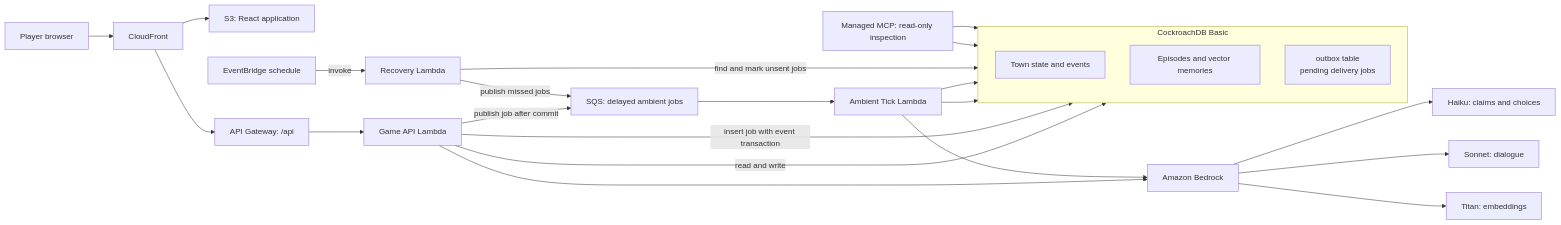
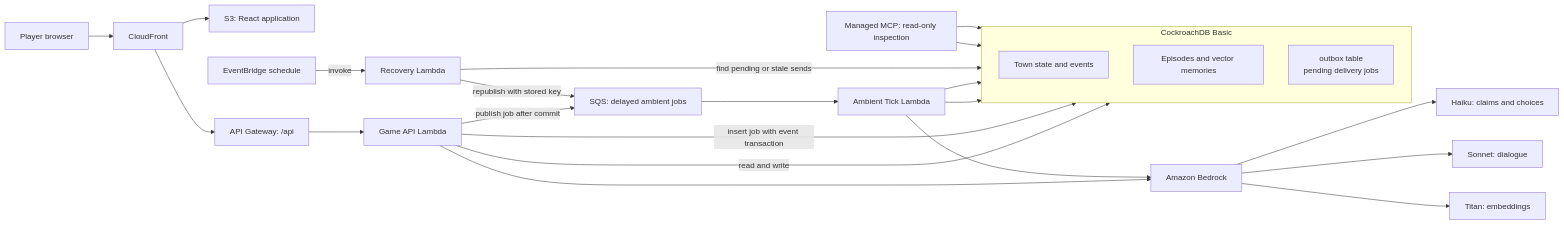
The first of 2 diagrams in docs/002-mvp-system-architecture.md (aishahsofea/the-town-remembers), drawn with Mermaid before and after one commit. The commit also changed other lines of this file and 4 other files, not shown here.

Commit message:
docs: finalize logical schema contract

````diff
--- a/docs/002-mvp-system-architecture.md
+++ b/docs/002-mvp-system-architecture.md
@@ -52,34 +53,34 @@
 ```mermaid
 flowchart LR
     Player["Player browser"] --> CF["CloudFront"]
     CF --> Web["S3: React application"]
     CF --> API["API Gateway: /api"]
     API --> Game["Game API Lambda"]
 
     Game --> Bedrock["Amazon Bedrock"]
     Bedrock --> Haiku["Haiku: claims and choices"]
     Bedrock --> Sonnet["Sonnet: dialogue"]
     Bedrock --> Titan["Titan: embeddings"]
 
     subgraph CRDB["CockroachDB Basic"]
         direction TB
         State["Town state and events"]
         Memory["Episodes and vector memories"]
         Outbox["outbox table<br/>pending delivery jobs"]
     end
 
     Game -->|"read and write"| State
     Game -->|"insert job with event transaction"| Outbox
     Game -->|"publish job after commit"| Queue["SQS: delayed ambient jobs"]
     Queue --> Tick["Ambient Tick Lambda"]
     Tick --> Bedrock
     Tick --> State
     Tick --> Memory
 
     EventBridge["EventBridge schedule"] -->|"invoke"| Recovery["Recovery Lambda"]
-    Recovery -->|"find and mark unsent jobs"| Outbox
-    Recovery -->|"publish missed jobs"| Queue
+    Recovery -->|"find pending or stale sends"| Outbox
+    Recovery -->|"republish with stored key"| Queue
 
     MCP["Managed MCP: read-only inspection"] --> State
     MCP --> Memory
 ```
````
